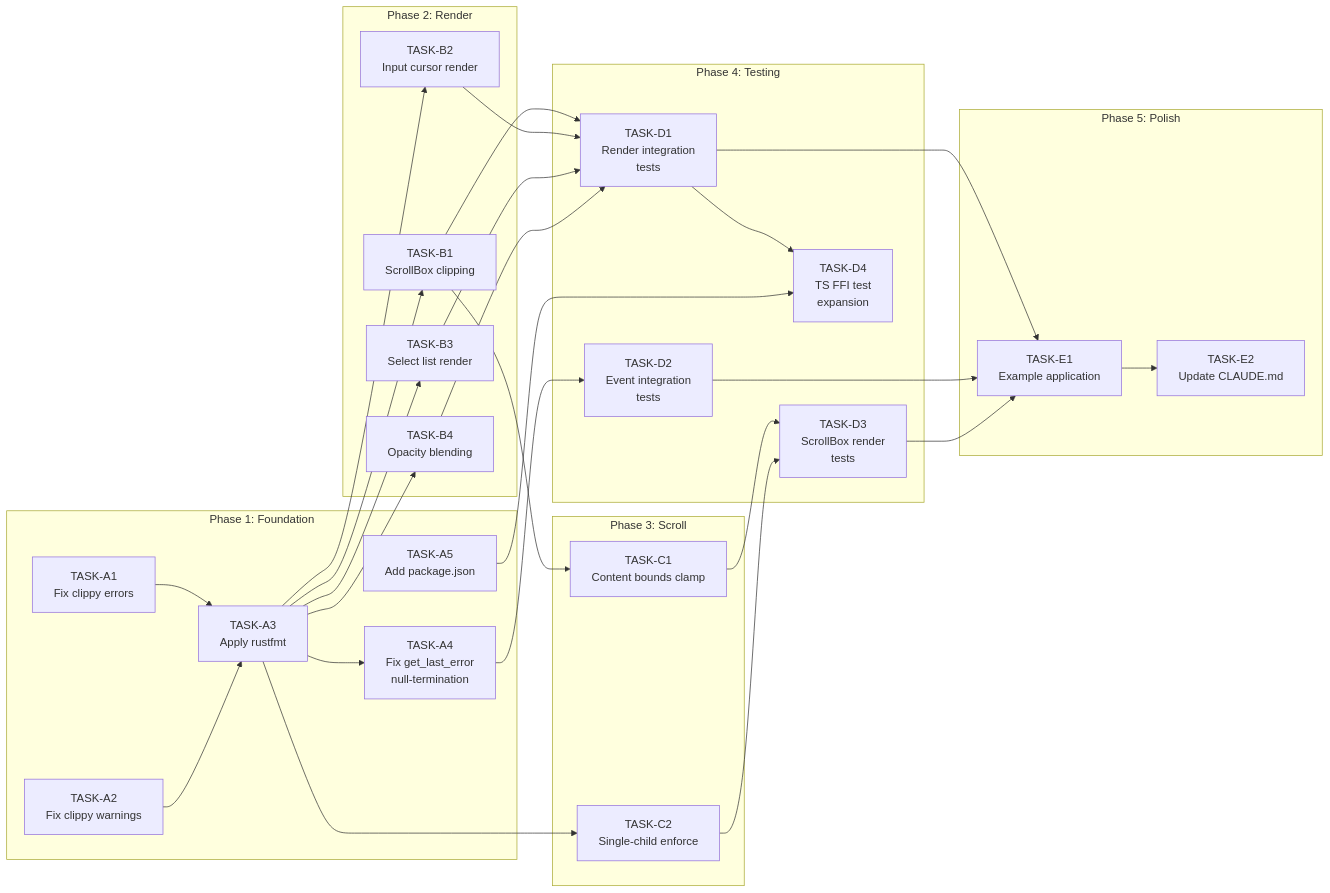
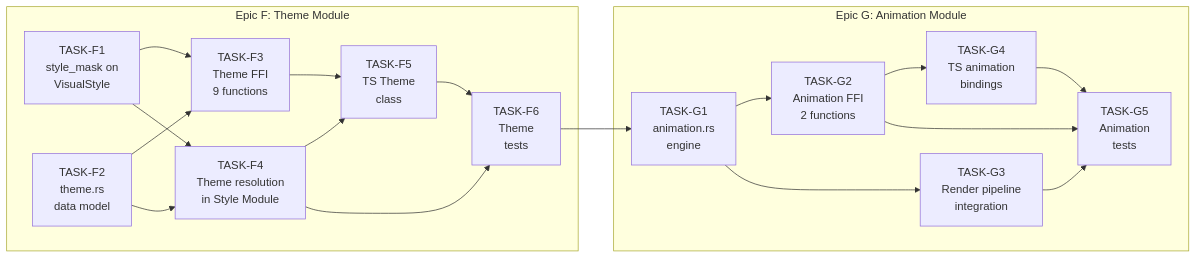
Before and after one commit to openkraken-ai/kraken-tui: the diagram in docs/Tasks.md, drawn with Mermaid. The commit also changed other lines of this file and 1 other file, not shown here.

First line of the commit message:
Plan v1: TechSpec v3.0 and Tasks.md v2.0 for Theme and Animation modules

````diff
--- a/docs/Tasks.md
+++ b/docs/Tasks.md
@@ -54,57 +60,35 @@
 ```mermaid
 flowchart LR
-    subgraph "Phase 1: Foundation"
-        A1[TASK-A1<br/>Fix clippy errors]
-        A2[TASK-A2<br/>Fix clippy warnings]
-        A3[TASK-A3<br/>Apply rustfmt]
-        A4[TASK-A4<br/>Fix get_last_error<br/>null-termination]
-        A5[TASK-A5<br/>Add package.json]
+    subgraph "Epic F: Theme Module"
+        F1[TASK-F1<br/>style_mask on<br/>VisualStyle]
+        F2[TASK-F2<br/>theme.rs<br/>data model]
+        F3[TASK-F3<br/>Theme FFI<br/>9 functions]
+        F4[TASK-F4<br/>Theme resolution<br/>in Style Module]
+        F5[TASK-F5<br/>TS Theme<br/>class]
+        F6[TASK-F6<br/>Theme<br/>tests]
     end
 
-    subgraph "Phase 2: Render"
-        B1[TASK-B1<br/>ScrollBox clipping]
-        B2[TASK-B2<br/>Input cursor render]
-        B3[TASK-B3<br/>Select list render]
-        B4[TASK-B4<br/>Opacity blending]
+    subgraph "Epic G: Animation Module"
+        G1[TASK-G1<br/>animation.rs<br/>engine]
+        G2[TASK-G2<br/>Animation FFI<br/>2 functions]
+        G3[TASK-G3<br/>Render pipeline<br/>integration]
+        G4[TASK-G4<br/>TS animation<br/>bindings]
+        G5[TASK-G5<br/>Animation<br/>tests]
     end
 
-    subgraph "Phase 3: Scroll"
-        C1[TASK-C1<br/>Content bounds clamp]
-        C2[TASK-C2<br/>Single-child enforce]
-    end
-
-    subgraph "Phase 4: Testing"
-        D1[TASK-D1<br/>Render integration<br/>tests]
-        D2[TASK-D2<br/>Event integration<br/>tests]
-        D3[TASK-D3<br/>ScrollBox render<br/>tests]
-        D4[TASK-D4<br/>TS FFI test<br/>expansion]
-    end
-
-    subgraph "Phase 5: Polish"
-        E1[TASK-E1<br/>Example application]
-        E2[TASK-E2<br/>Update CLAUDE.md]
-    end
-
-    A1 --> A3
-    A2 --> A3
-    A3 --> A4
-    A3 --> B1
-    A3 --> B2
-    A3 --> B3
-    A3 --> B4
-    B1 --> C1
-    A3 --> C2
-    B1 --> D1
-    B2 --> D1
-    B3 --> D1
-    B4 --> D1
-    A4 --> D2
-    C1 --> D3
-    C2 --> D3
-    D1 --> D4
-    D1 --> E1
-    D2 --> E1
-    D3 --> E1
-    E1 --> E2
-    A5 --> D4
+    F1 --> F3
+    F1 --> F4
+    F2 --> F3
+    F2 --> F4
+    F3 --> F5
+    F4 --> F5
+    F4 --> F6
+    F5 --> F6
+    G1 --> G2
+    G1 --> G3
+    G2 --> G4
+    G2 --> G5
+    G3 --> G5
+    G4 --> G5
+    F6 --> G1
 ```
````
